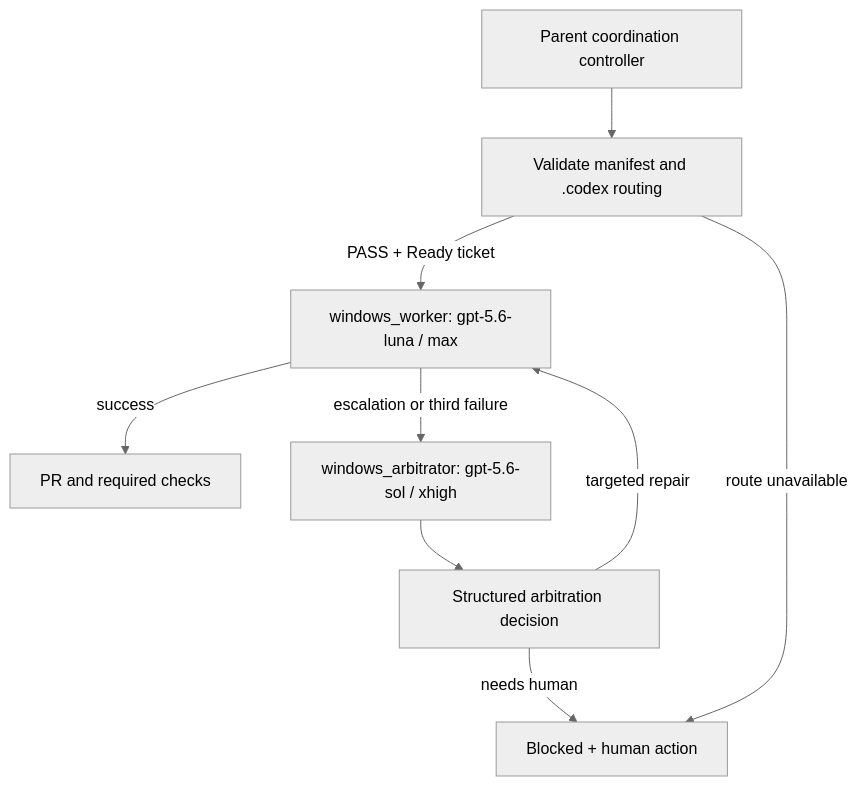
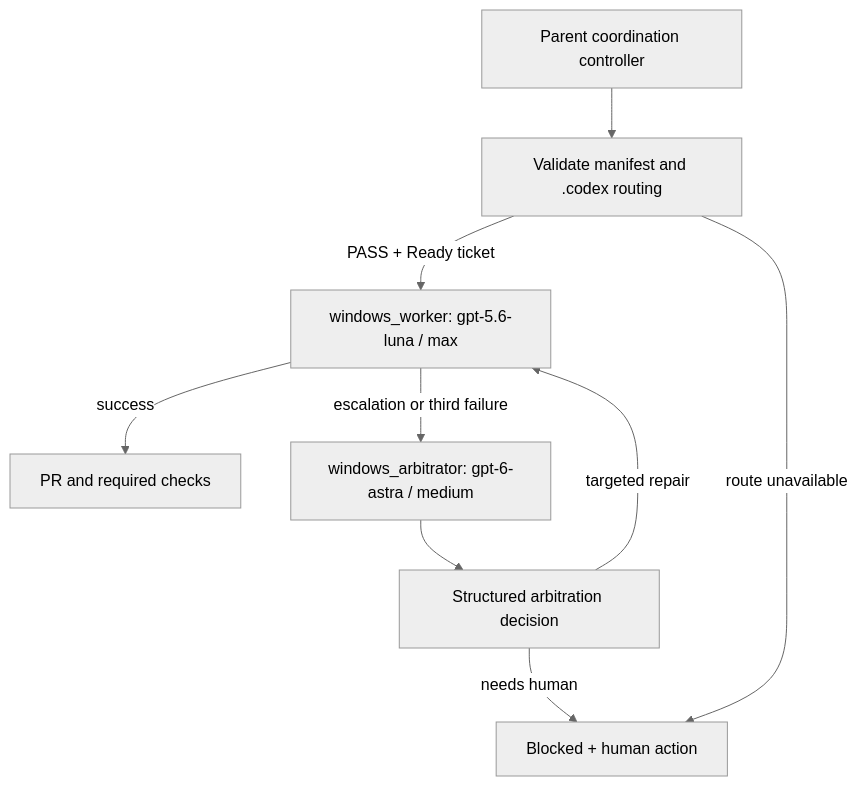
The first of 3 diagrams in WORKFLOW.md (Wells-Huang/obs-voice-command-windows), drawn with Mermaid (neutral theme) before and after one commit. The commit also changed other lines of this file and 11 other files, not shown here.

````diff
--- a/WORKFLOW.md
+++ b/WORKFLOW.md
@@ -9,11 +9,11 @@
 ```mermaid
 flowchart TD
     Controller["Parent coordination controller"] --> Preflight["Validate manifest and .codex routing"]
     Preflight -->|PASS + Ready ticket| Worker["windows_worker: gpt-5.6-luna / max"]
     Worker -->|success| CI["PR and required checks"]
-    Worker -->|escalation or third failure| Arb["windows_arbitrator: gpt-5.6-sol / xhigh"]
+    Worker -->|escalation or third failure| Arb["windows_arbitrator: gpt-6-astra / medium"]
     Arb --> Decision["Structured arbitration decision"]
     Decision -->|targeted repair| Worker
     Decision -->|needs human| Stop["Blocked + human action"]
     Preflight -->|route unavailable| Stop
 ```
````
